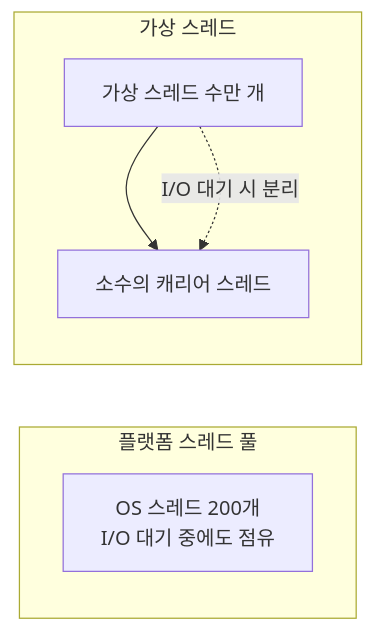
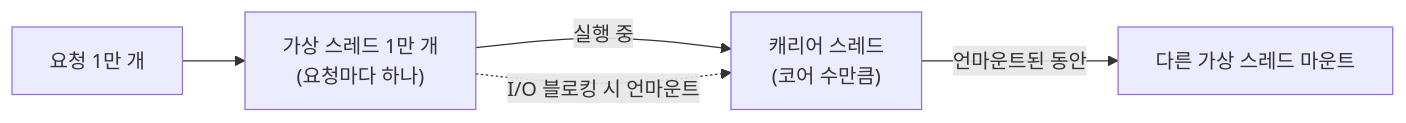
Before and after one commit to parksangji/parksangji.github.io: the diagram in _posts/2025-11-20-springboot-virtual-threads.md, drawn with Mermaid. The commit also changed other lines of this file and 22 other files, not shown here.

````diff
--- a/_posts/2025-11-20-springboot-virtual-threads.md
+++ b/_posts/2025-11-20-springboot-virtual-threads.md
@@ -24,10 +68,7 @@
 ```mermaid
 flowchart LR
-    subgraph 기존["플랫폼 스레드 풀"]
-        P["OS 스레드 200개<br/>I/O 대기 중에도 점유"]
-    end
-    subgraph 가상["가상 스레드"]
-        V["가상 스레드 수만 개"] --> C["소수의 캐리어 스레드"]
-        V -.I/O 대기 시 분리.-> C
-    end
+    R["요청 1만 개"] --> VT["가상 스레드 1만 개<br/>(요청마다 하나)"]
+    VT -->|실행 중| C["캐리어 스레드<br/>(코어 수만큼)"]
+    VT -.I/O 블로킹 시 언마운트.-> C
+    C -->|언마운트된 동안| VT2["다른 가상 스레드 마운트"]
 ```
````
